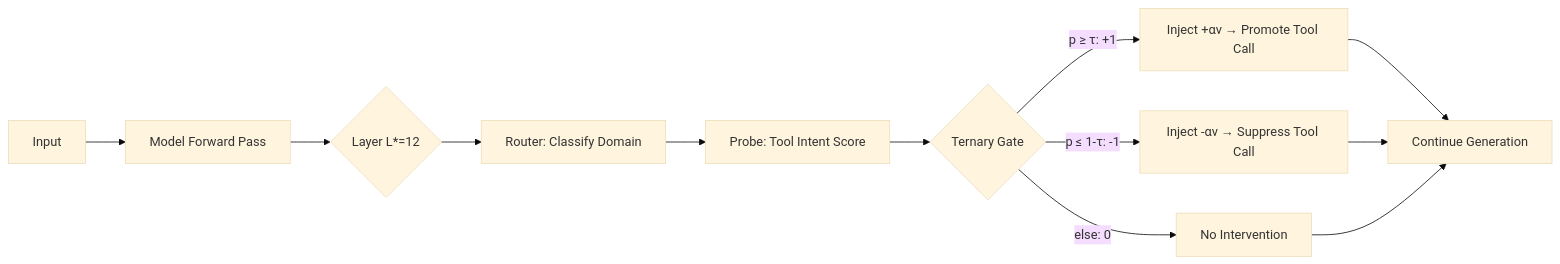
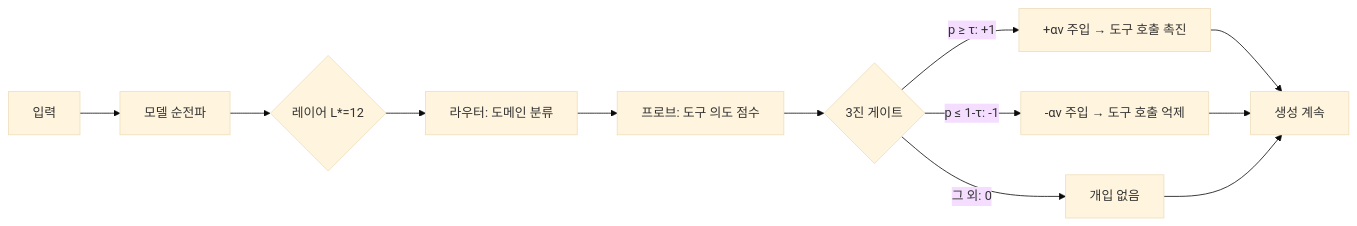
One commit to gyunggyung/Liquid-ASA changed the diagram in README.md. Above: the diagram before and after it, drawn with Mermaid (base theme). The commit also changed other lines of this file and 6 other files, not shown here.

````diff
--- a/README.md
+++ b/README.md
@@ -449,14 +564,14 @@
 ```mermaid
 graph LR
-    A[Input] --> B[Model Forward Pass]
-    B --> C{Layer L*=12}
-    C --> D[Router: Classify Domain]
-    D --> E[Probe: Tool Intent Score]
-    E --> F{Ternary Gate}
-    F -->|p ≥ τ: +1| G[Inject +αv → Promote Tool Call]
-    F -->|p ≤ 1-τ: -1| H[Inject -αv → Suppress Tool Call]
-    F -->|else: 0| I[No Intervention]
-    G --> J[Continue Generation]
+    A[입력] --> B[모델 순전파]
+    B --> C{레이어 L*=12}
+    C --> D[라우터: 도메인 분류]
+    D --> E[프로브: 도구 의도 점수]
+    E --> F{3진 게이트}
+    F -->|p ≥ τ: +1| G[+αv 주입 → 도구 호출 촉진]
+    F -->|p ≤ 1-τ: -1| H[-αv 주입 → 도구 호출 억제]
+    F -->|그 외: 0| I[개입 없음]
+    G --> J[생성 계속]
     H --> J
     I --> J
 ```
````
